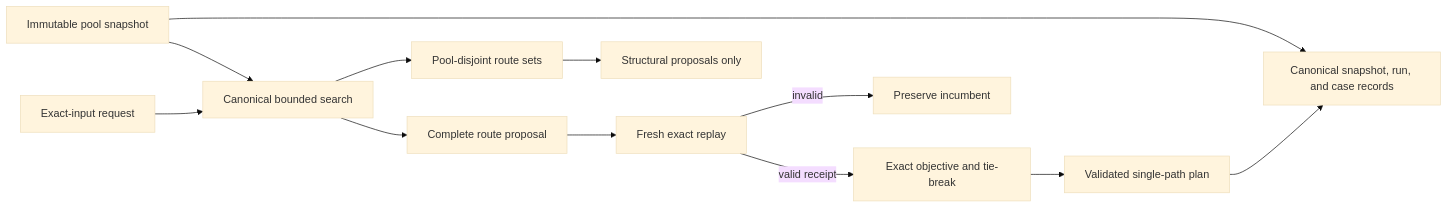
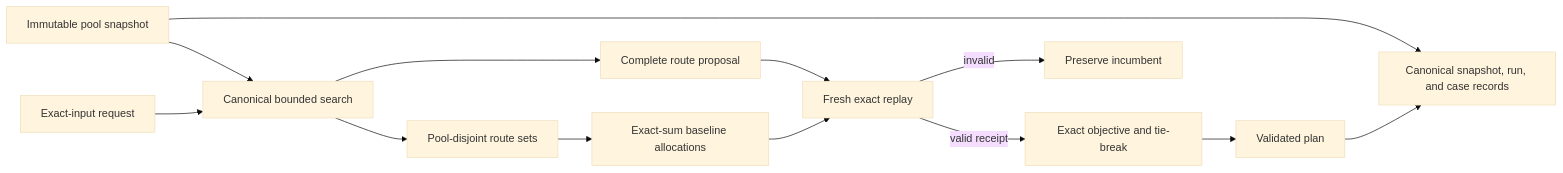
One commit to julienharbulot/routelab changed the diagram in README.md. Above: the diagram before and after it, drawn with Mermaid (base theme). The commit also changed other lines of this file and 10 other files, not shown here.

````diff
--- a/README.md
+++ b/README.md
@@ -30,14 +30,15 @@
 ```mermaid
 flowchart LR
     A[Immutable pool snapshot] --> C[Canonical bounded search]
     B[Exact-input request] --> C
     C --> D[Complete route proposal]
     D --> E[Fresh exact replay]
     E -->|valid receipt| F[Exact objective and tie-break]
-    F --> G[Validated single-path plan]
+    F --> G[Validated plan]
     E -->|invalid| H[Preserve incumbent]
     A --> I[Canonical snapshot, run, and case records]
     G --> I
     C --> J[Pool-disjoint route sets]
-    J --> K[Structural proposals only]
+    J --> K[Exact-sum baseline allocations]
+    K --> E
 ```
````
